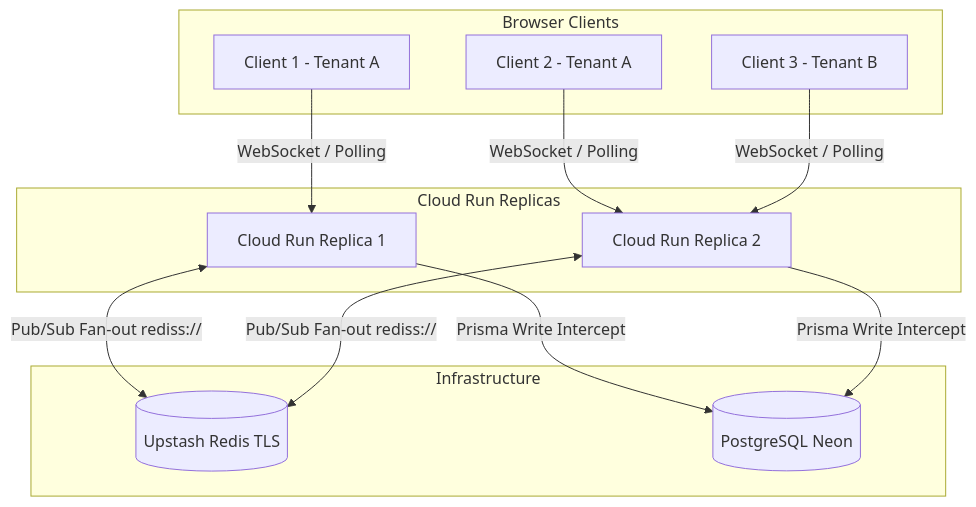
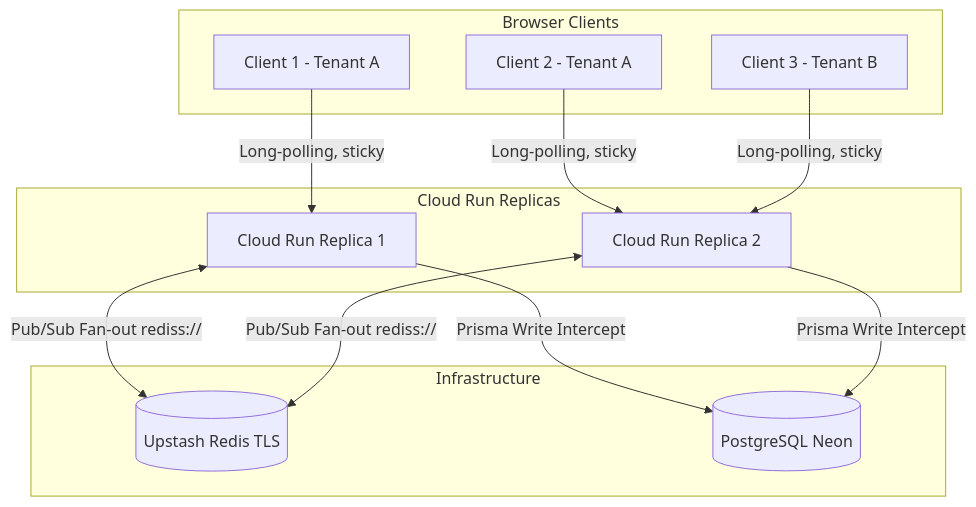
One commit to vandean25/auto-core-platform changed the diagram in docs/internal/05-Runbooks/socketio-redis-scaling-runbook.md. Above: the diagram before and after it, drawn with Mermaid. The commit also changed other lines of this file and 12 other files, not shown here.

````diff
--- a/docs/internal/05-Runbooks/socketio-redis-scaling-runbook.md
+++ b/docs/internal/05-Runbooks/socketio-redis-scaling-runbook.md
@@ -13,28 +13,28 @@
 ```mermaid
 graph TD
     subgraph Browser Clients
         C1[Client 1 - Tenant A]
         C2[Client 2 - Tenant A]
         C3[Client 3 - Tenant B]
     end
 
     subgraph Cloud Run Replicas
         R1[Cloud Run Replica 1]
         R2[Cloud Run Replica 2]
     end
 
     subgraph Infrastructure
         Redis[(Upstash Redis TLS)]
         DB[(PostgreSQL Neon)]
     end
 
-    C1 -->|WebSocket / Polling| R1
-    C2 -->|WebSocket / Polling| R2
-    C3 -->|WebSocket / Polling| R2
+    C1 -->|Long-polling, sticky| R1
+    C2 -->|Long-polling, sticky| R2
+    C3 -->|Long-polling, sticky| R2
 
     R1 <-->|Pub/Sub Fan-out rediss://| Redis
     R2 <-->|Pub/Sub Fan-out rediss://| Redis
 
     R1 -->|Prisma Write Intercept| DB
     R2 -->|Prisma Write Intercept| DB
 ```
````
